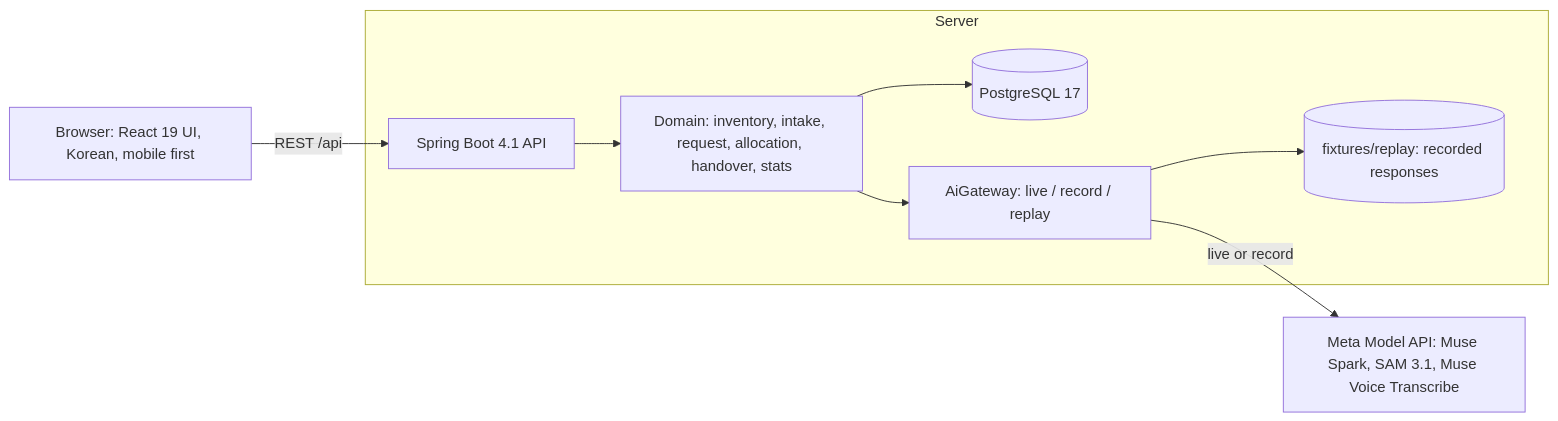
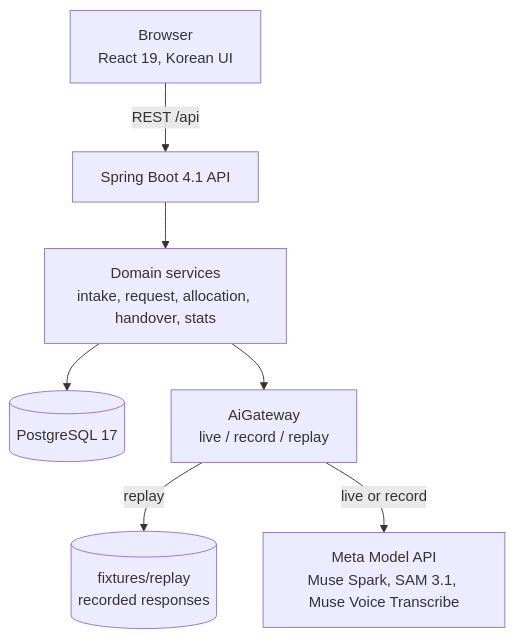
The diagram in README.md (After-Booth/after-booth), drawn with Mermaid before and after one commit.

Commit message:
docs: lay out the README diagram top to bottom

````diff
--- a/README.md
+++ b/README.md
@@ -38,11 +38,9 @@
 ```mermaid
-flowchart LR
-    U[Browser: React 19 UI, Korean, mobile first] -->|REST /api| API[Spring Boot 4.1 API]
-    subgraph Server
-        API --> D[Domain: inventory, intake, request, allocation, handover, stats]
-        D --> DB[(PostgreSQL 17)]
-        D --> GW[AiGateway: live / record / replay]
-        GW --> FX[(fixtures/replay: recorded responses)]
-    end
-    GW -->|live or record| META[Meta Model API: Muse Spark, SAM 3.1, Muse Voice Transcribe]
+flowchart TD
+    U["Browser<br/>React 19, Korean UI"] -->|REST /api| API["Spring Boot 4.1 API"]
+    API --> D["Domain services<br/>intake, request, allocation, handover, stats"]
+    D --> DB[("PostgreSQL 17")]
+    D --> GW["AiGateway<br/>live / record / replay"]
+    GW -->|replay| FX[("fixtures/replay<br/>recorded responses")]
+    GW -->|live or record| META["Meta Model API<br/>Muse Spark, SAM 3.1, Muse Voice Transcribe"]
 ```
````
